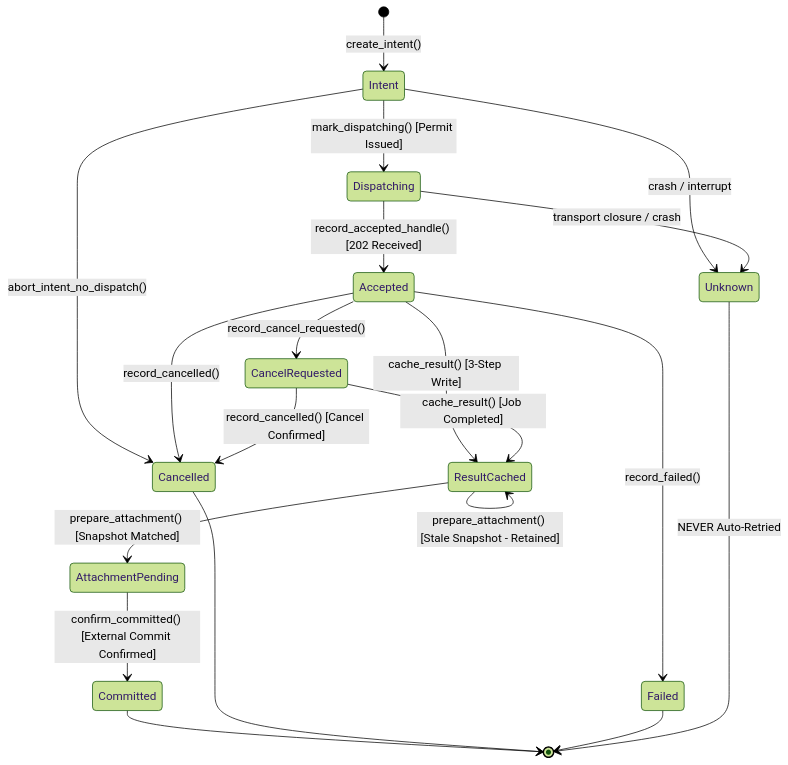
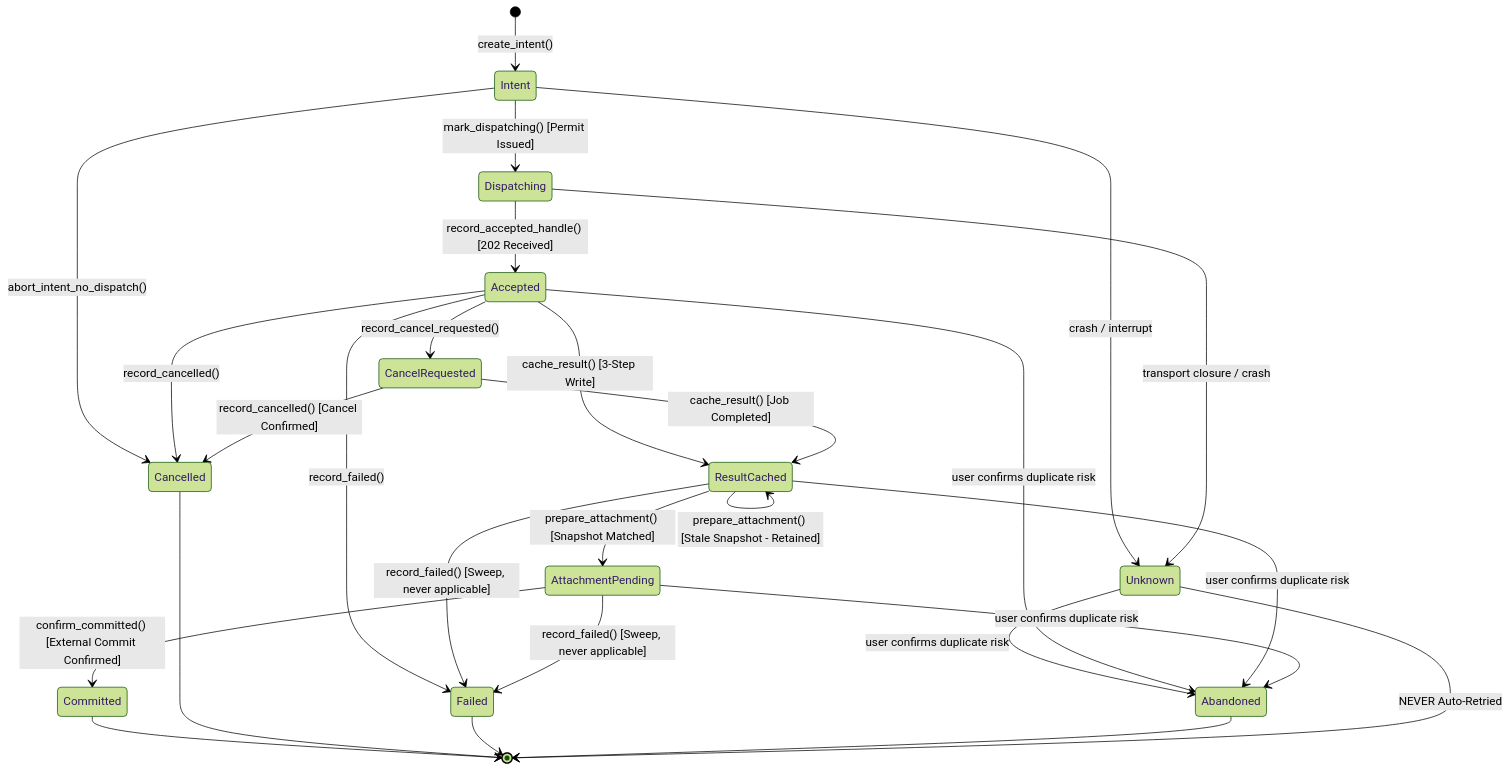
The diagram in docs/cloud-journal.md (k-omiq/Bear), drawn with Mermaid (forest theme) before and after one commit. The commit also changed other lines of this file and 187 other files, not shown here.

````diff
--- a/docs/cloud-journal.md
+++ b/docs/cloud-journal.md
@@ -100,28 +98,36 @@
 ```mermaid
 stateDiagram-v2
     [*] --> Intent: create_intent()
     Intent --> Dispatching: mark_dispatching() [Permit Issued]
     Intent --> Cancelled: abort_intent_no_dispatch()
     Intent --> Unknown: crash / interrupt
 
     Dispatching --> Accepted: record_accepted_handle() [202 Received]
     Dispatching --> Unknown: transport closure / crash
 
     Accepted --> CancelRequested: record_cancel_requested()
     Accepted --> ResultCached: cache_result() [3-Step Write]
     Accepted --> Cancelled: record_cancelled()
     Accepted --> Failed: record_failed()
 
     CancelRequested --> ResultCached: cache_result() [Job Completed]
     CancelRequested --> Cancelled: record_cancelled() [Cancel Confirmed]
 
     ResultCached --> AttachmentPending: prepare_attachment() [Snapshot Matched]
     ResultCached --> ResultCached: prepare_attachment() [Stale Snapshot - Retained]
+    ResultCached --> Failed: record_failed() [Sweep, never applicable]
 
     AttachmentPending --> Committed: confirm_committed() [External Commit Confirmed]
+    AttachmentPending --> Failed: record_failed() [Sweep, never applicable]
+
+    Unknown --> Abandoned: user confirms duplicate risk
+    Accepted --> Abandoned: user confirms duplicate risk
+    ResultCached --> Abandoned: user confirms duplicate risk
+    AttachmentPending --> Abandoned: user confirms duplicate risk
 
     Committed --> [*]
     Cancelled --> [*]
     Failed --> [*]
+    Abandoned --> [*]
     Unknown --> [*]: NEVER Auto-Retried
 ```
````
